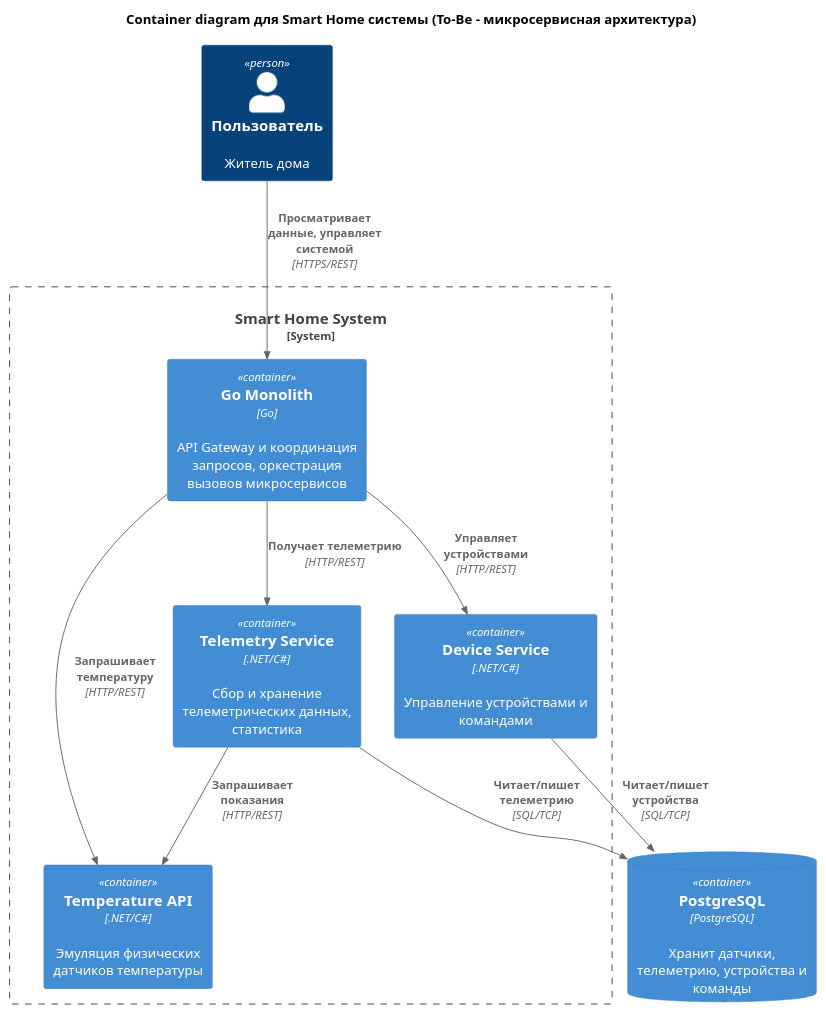
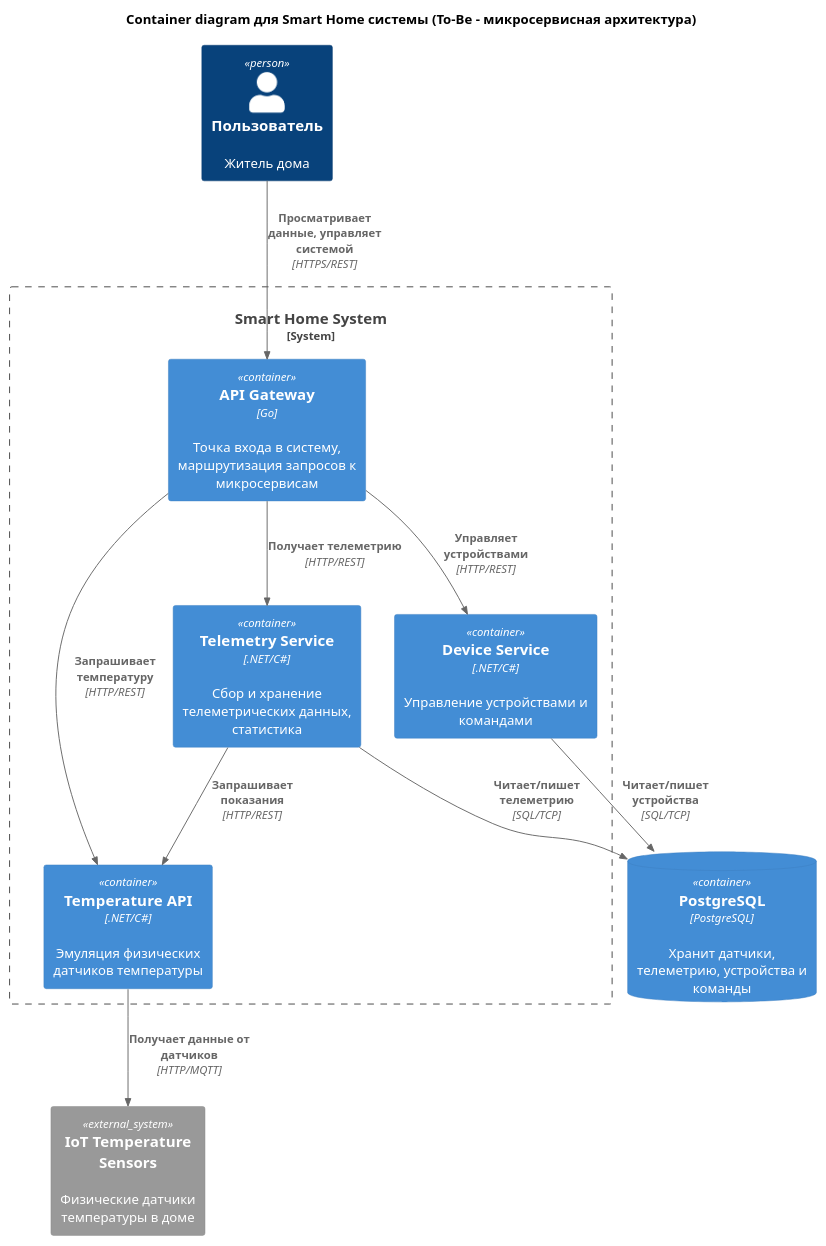
One commit to Anton19840712/warmhouse-project changed the diagram in diagrams/containers.puml. Above: the diagram before and after it, drawn with PlantUML. The commit also changed 7 other files, not shown here.

Commit message:
fix: исправлены замечания преподавателя по диаграммам и API

```diff
--- a/diagrams/containers.puml
+++ b/diagrams/containers.puml
@@ -1,31 +1,35 @@
 @startuml containers
 !include https://raw.githubusercontent.com/plantuml-stdlib/C4-PlantUML/master/C4_Container.puml
 
 title Container diagram для Smart Home системы (To-Be - микросервисная архитектура)
 
 Person(user, "Пользователь", "Житель дома")
 
 System_Boundary(smartHomeSystem, "Smart Home System") {
-    Container(goMonolith, "Go Monolith", "Go", "API Gateway и координация запросов, оркестрация вызовов микросервисов")
+    Container(apiGateway, "API Gateway", "Go", "Точка входа в систему, маршрутизация запросов к микросервисам")
 
     Container(telemetryService, "Telemetry Service", ".NET/C#", "Сбор и хранение телеметрических данных, статистика")
 
     Container(deviceService, "Device Service", ".NET/C#", "Управление устройствами и командами")
 
     Container(temperatureApi, "Temperature API", ".NET/C#", "Эмуляция физических датчиков температуры")
 }
 
 ContainerDb(database, "PostgreSQL", "PostgreSQL", "Хранит датчики, телеметрию, устройства и команды")
 
-Rel(user, goMonolith, "Просматривает данные, управляет системой", "HTTPS/REST")
+System_Ext(iotSensors, "IoT Temperature Sensors", "Физические датчики температуры в доме")
 
-Rel(goMonolith, telemetryService, "Получает телеметрию", "HTTP/REST")
-Rel(goMonolith, deviceService, "Управляет устройствами", "HTTP/REST")
-Rel(goMonolith, temperatureApi, "Запрашивает температуру", "HTTP/REST")
+Rel(user, apiGateway, "Просматривает данные, управляет системой", "HTTPS/REST")
+
+Rel(apiGateway, telemetryService, "Получает телеметрию", "HTTP/REST")
+Rel(apiGateway, deviceService, "Управляет устройствами", "HTTP/REST")
+Rel(apiGateway, temperatureApi, "Запрашивает температуру", "HTTP/REST")
 
 Rel(telemetryService, database, "Читает/пишет телеметрию", "SQL/TCP")
 Rel(telemetryService, temperatureApi, "Запрашивает показания", "HTTP/REST")
 
 Rel(deviceService, database, "Читает/пишет устройства", "SQL/TCP")
 
+Rel(temperatureApi, iotSensors, "Получает данные от датчиков", "HTTP/MQTT")
+
 @enduml
```
